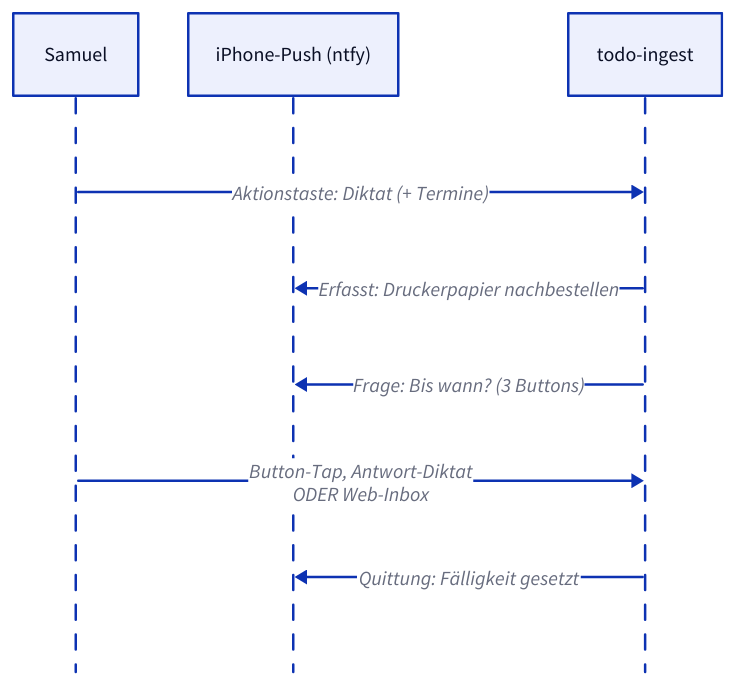
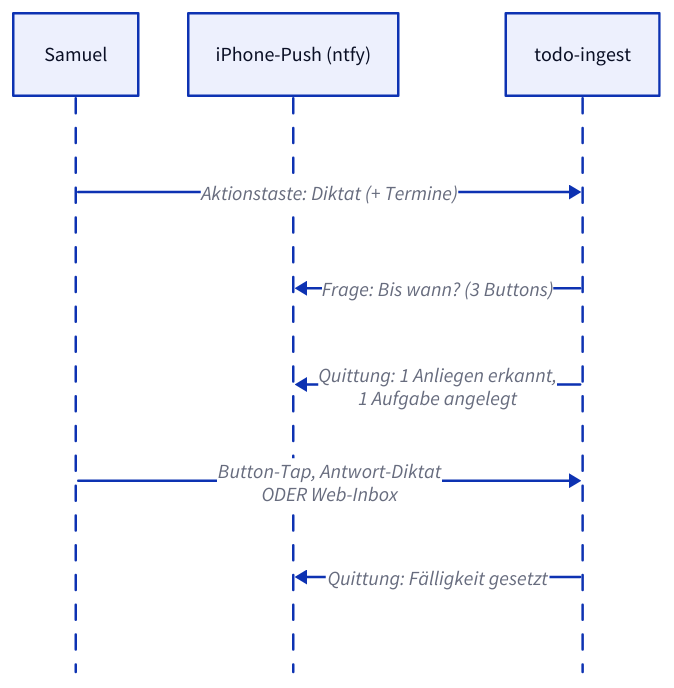
The first of 3 diagrams in docs/dienste/todo-ingest/betrieb.md (derever-labs/homelab-wiki), drawn with D2 before and after one commit. The commit also changed other lines of this file and 1 other file, not shown here.

````diff
--- a/docs/dienste/todo-ingest/betrieb.md
+++ b/docs/dienste/todo-ingest/betrieb.md
@@ -29,13 +30,13 @@
 ```d2
 shape: sequence_diagram
 
 S: "Samuel"
 P: "iPhone-Push (ntfy)"
 T: "todo-ingest"
 
 S -> T: "Aktionstaste: Diktat (+ Termine)"
-T -> P: "Erfasst: Druckerpapier nachbestellen"
 T -> P: "Frage: Bis wann? (3 Buttons)"
+T -> P: "Quittung: 1 Anliegen erkannt,\n1 Aufgabe angelegt"
 S -> T: "Button-Tap, Antwort-Diktat\nODER Web-Inbox"
 T -> P: "Quittung: Fälligkeit gesetzt"
 ```
````
